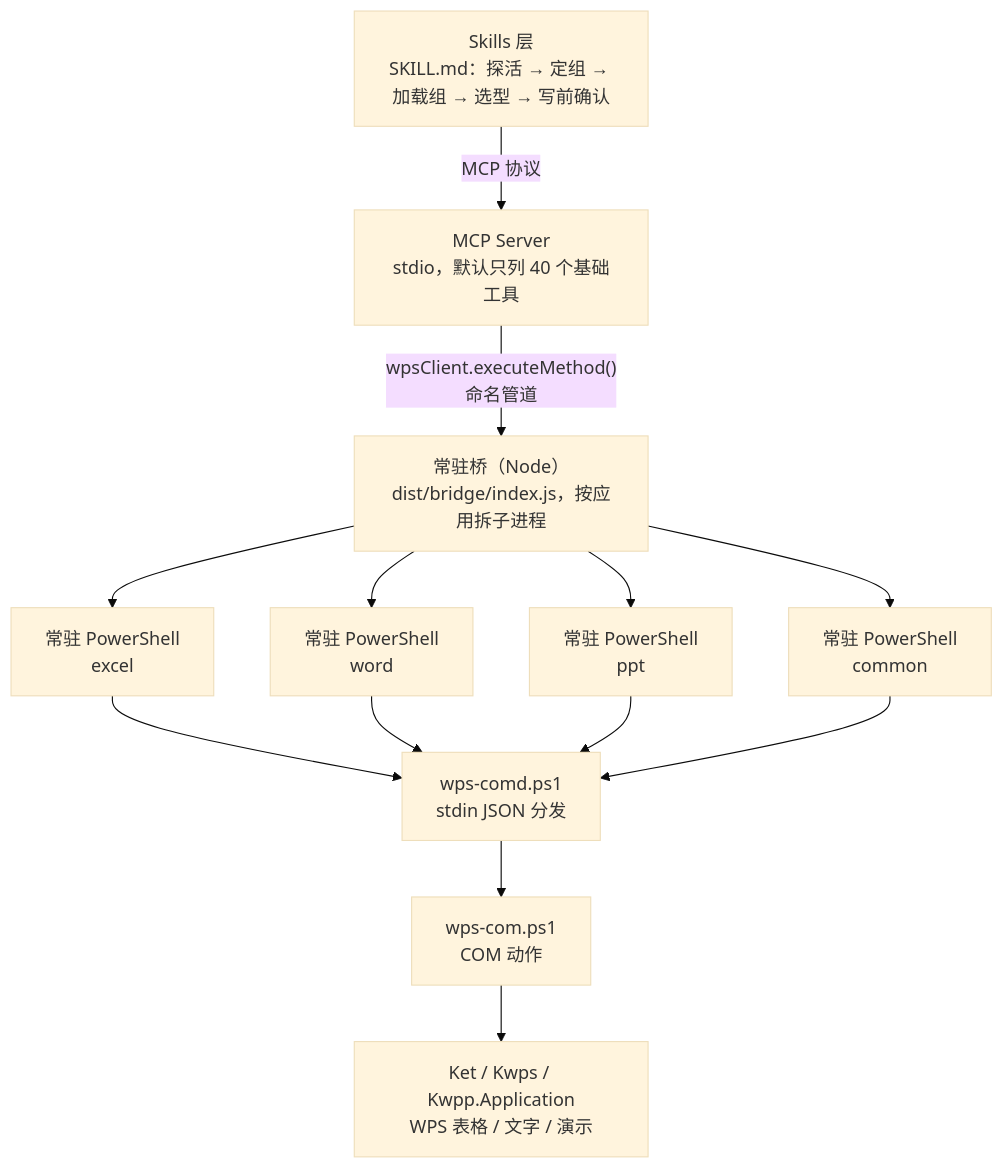
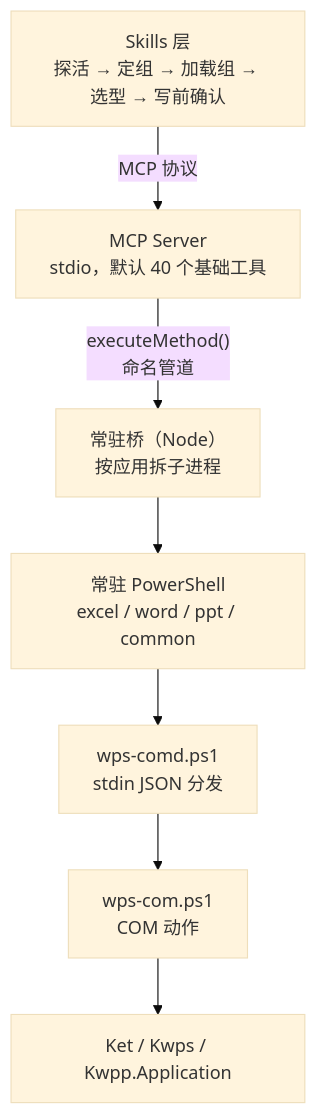
One commit to forkgo430-hue/wps-multitool-mcp changed the diagram in README.md. Above: the diagram before and after it, drawn with Mermaid (base theme). The commit also changed other lines of this file and 2 other files, not shown here.

````diff
--- a/README.md
+++ b/README.md
@@ -131,26 +60,17 @@
 ```mermaid
 flowchart TB
-    S["Skills 层<br/>SKILL.md：探活 → 定组 → 加载组 → 选型 → 写前确认"]
-    M["MCP Server<br/>stdio，默认只列 40 个基础工具"]
-    B["常驻桥（Node）<br/>dist/bridge/index.js，按应用拆子进程"]
-    P1["常驻 PowerShell<br/>excel"]
-    P2["常驻 PowerShell<br/>word"]
-    P3["常驻 PowerShell<br/>ppt"]
-    P4["常驻 PowerShell<br/>common"]
+    S["Skills 层<br/>探活 → 定组 → 加载组 → 选型 → 写前确认"]
+    M["MCP Server<br/>stdio，默认 40 个基础工具"]
+    B["常驻桥（Node）<br/>按应用拆子进程"]
+    P["常驻 PowerShell<br/>excel / word / ppt / common"]
     A["wps-comd.ps1<br/>stdin JSON 分发"]
     C["wps-com.ps1<br/>COM 动作"]
-    W["Ket / Kwps / Kwpp.Application<br/>WPS 表格 / 文字 / 演示"]
+    W["Ket / Kwps / Kwpp.Application"]
 
     S -->|MCP 协议| M
-    M -->|"wpsClient.executeMethod()<br/>命名管道"| B
-    B --> P1
-    B --> P2
-    B --> P3
-    B --> P4
-    P1 --> A
-    P2 --> A
-    P3 --> A
-    P4 --> A
+    M -->|"executeMethod()<br/>命名管道"| B
+    B --> P
+    P --> A
     A --> C
     C --> W
 ```
````
